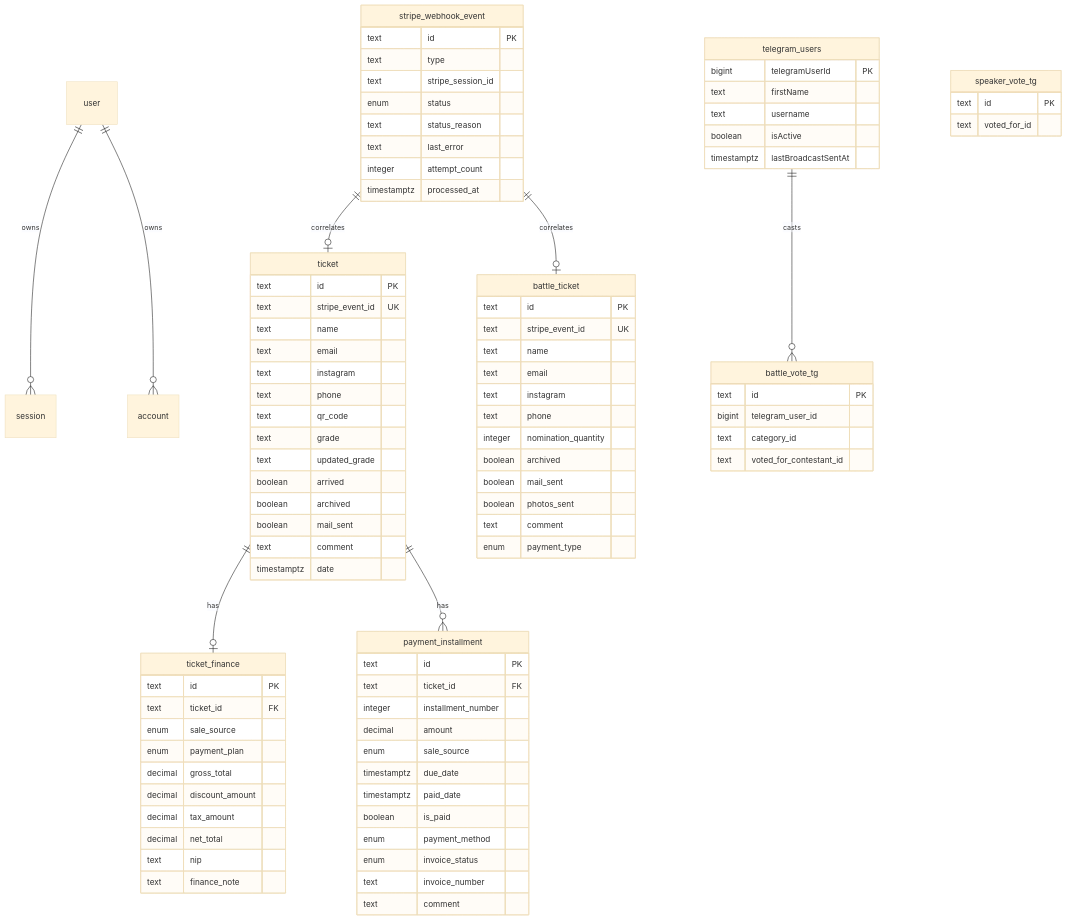
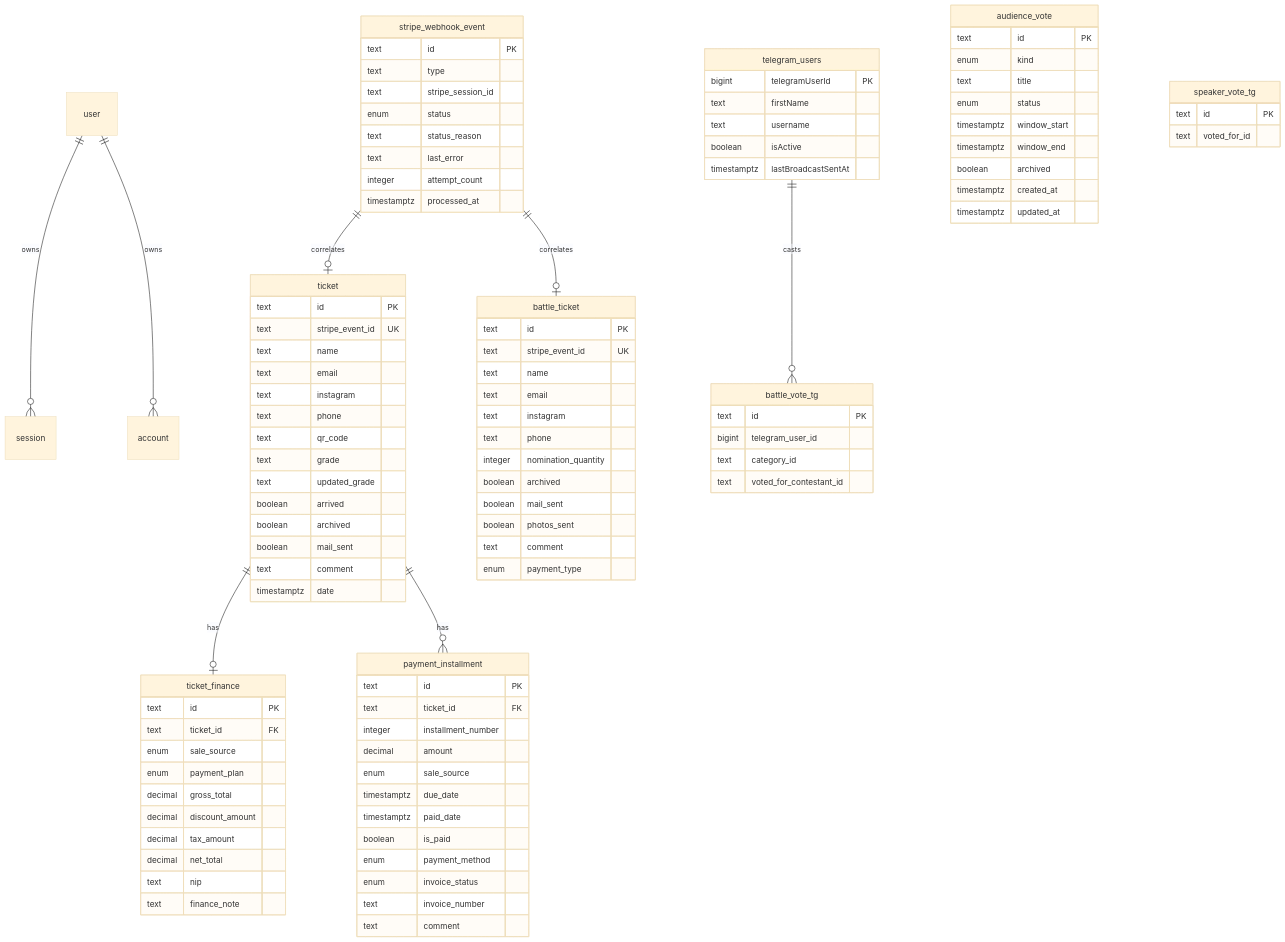
Before and after one commit to serhiihaniuk/nailmoment-dashboard: the diagram in docs/data-model.md, drawn with Mermaid (base theme). The commit also changed other lines of this file and 22 other files, not shown here.

Commit message:
Implement audience vote core

```diff
--- a/docs/data-model.md
+++ b/docs/data-model.md
@@ -106,6 +106,18 @@
     text voted_for_contestant_id
   }
 
+  audience_vote {
+    text id PK
+    enum kind
+    text title
+    enum status
+    timestamptz window_start
+    timestamptz window_end
+    boolean archived
+    timestamptz created_at
+    timestamptz updated_at
+  }
+
   speaker_vote_tg {
     text id PK
     text voted_for_id
```
